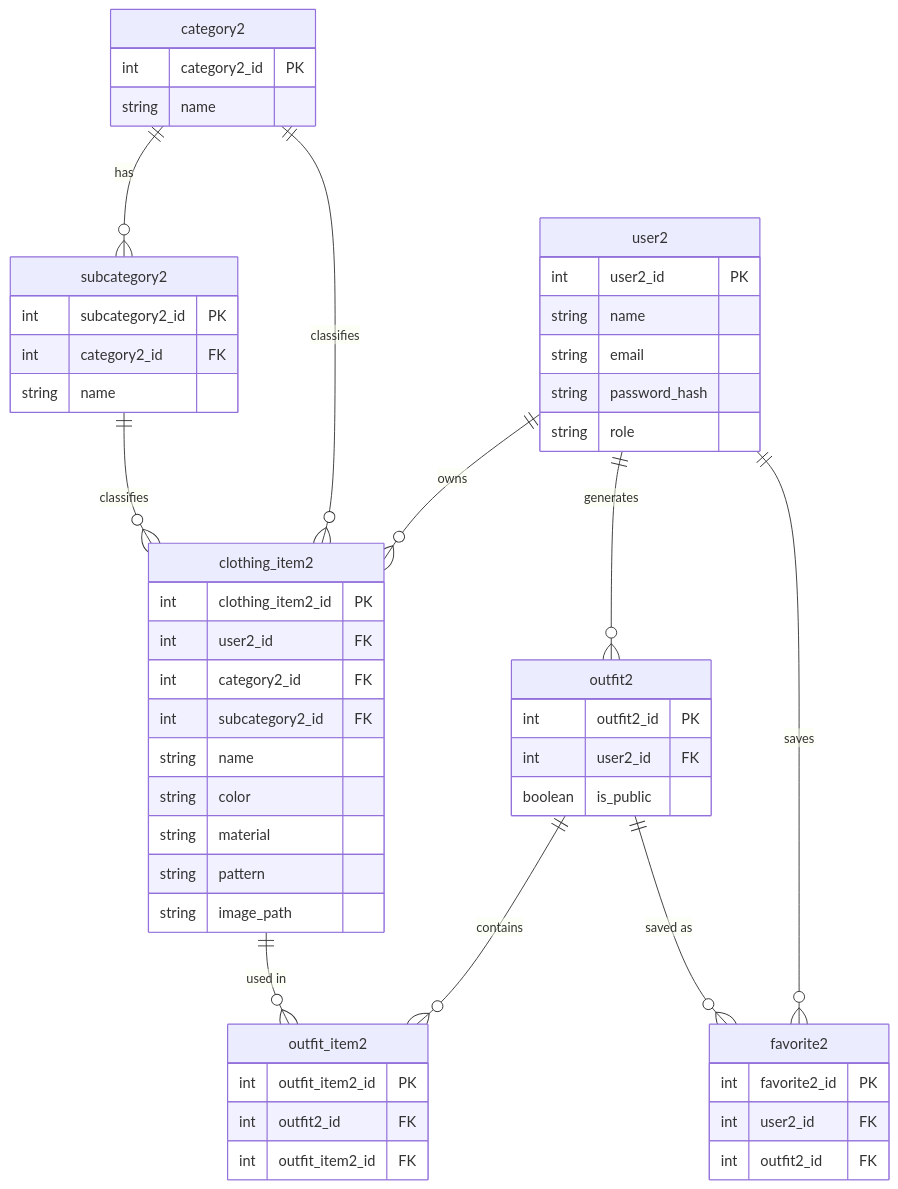
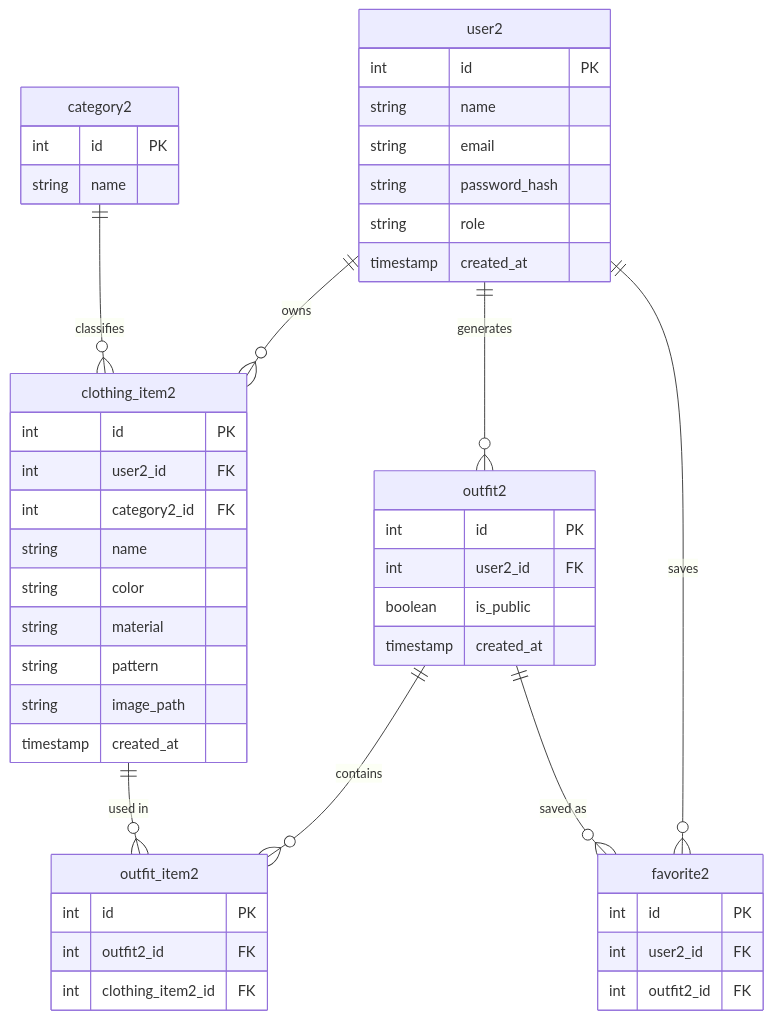
One commit to eyyy08/mini-project changed the first of 2 diagrams in Project Proposal (1).md. Above: the diagram before and after it, drawn with Mermaid. The commit also changed other lines of this file and 20 other files, not shown here.

````diff
--- a/Project Proposal (1).md
+++ b/Project Proposal (1).md
@@ -153,55 +150,50 @@
 ```mermaid
 erDiagram
-    category2 ||--o{ subcategory2 : "has"
     user2 ||--o{ clothing_item2 : owns
     category2 ||--o{ clothing_item2 : classifies
-    subcategory2 ||--o{ clothing_item2: classifies
     user2 ||--o{ outfit2 : generates
-    outfit2||--o{ outfit_item2 : contains
+    outfit2 ||--o{ outfit_item2 : contains
     clothing_item2 ||--o{ outfit_item2 : "used in"
     user2 ||--o{ favorite2 : saves
-    outfit2||--o{ favorite2 : "saved as"
+    outfit2 ||--o{ favorite2 : "saved as"
 
     user2 {
-        int user2_id PK
+        int id PK
         string name
         string email
         string password_hash
         string role
+        timestamp created_at
     }
     category2 {
-        int category2_id PK
-        string name
-    }
-    subcategory2 {
-        int subcategory2_id PK
-        int category2_id FK
+        int id PK
         string name
     }
     clothing_item2 {
-        int clothing_item2_id PK
+        int id PK
         int user2_id FK
         int category2_id FK
-        int subcategory2_id FK
         string name
         string color
         string material
         string pattern
         string image_path
+        timestamp created_at
     }
     outfit2 {
-        int outfit2_id PK
+        int id PK
         int user2_id FK
         boolean is_public
+        timestamp created_at
     }
     outfit_item2 {
-        int outfit_item2_id PK
+        int id PK
         int outfit2_id FK
-        int outfit_item2_id FK
+        int clothing_item2_id FK
     }
     favorite2 {
-        int favorite2_id PK
+        int id PK
         int user2_id FK
         int outfit2_id FK
     }
 ```
````
